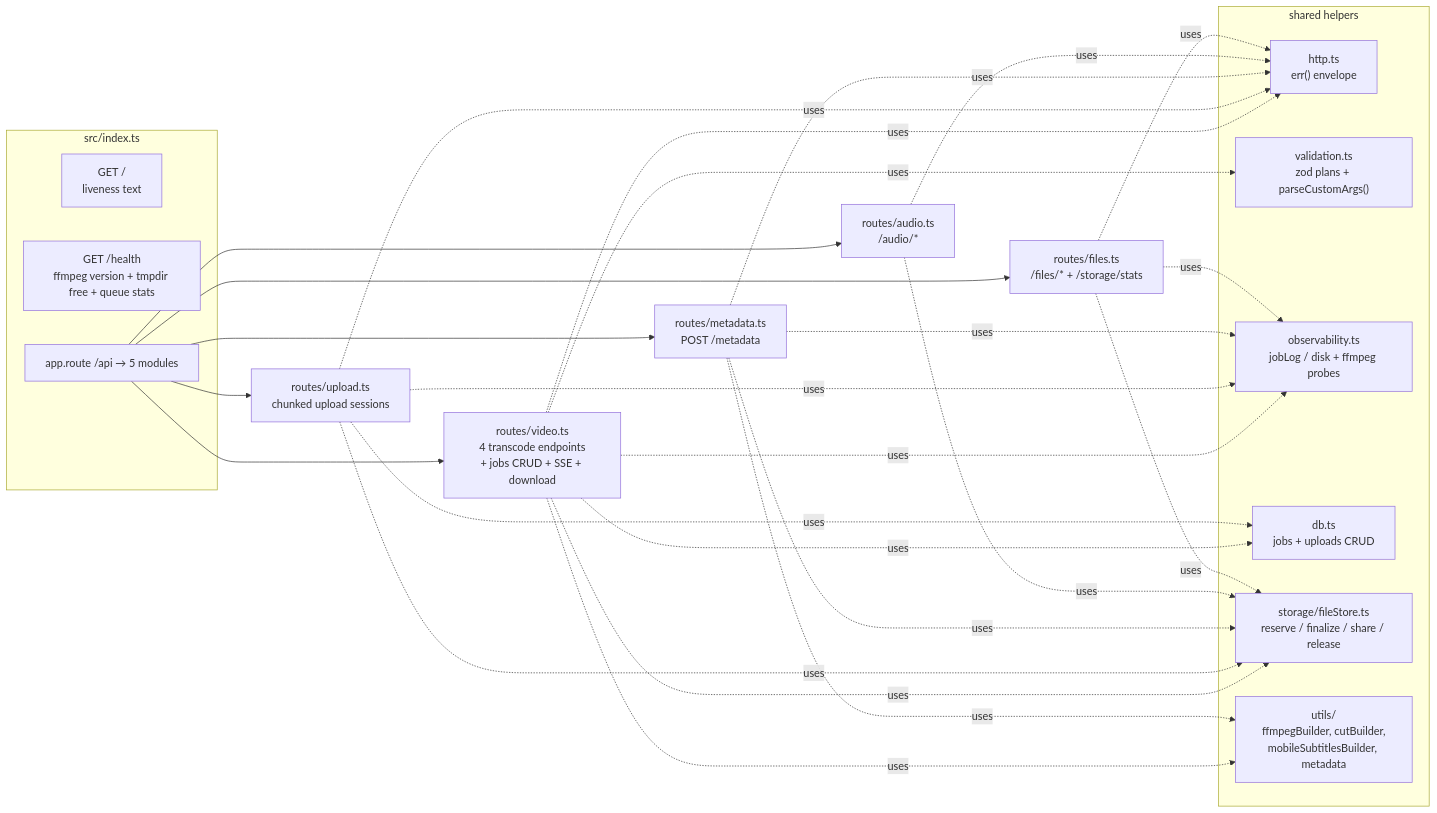
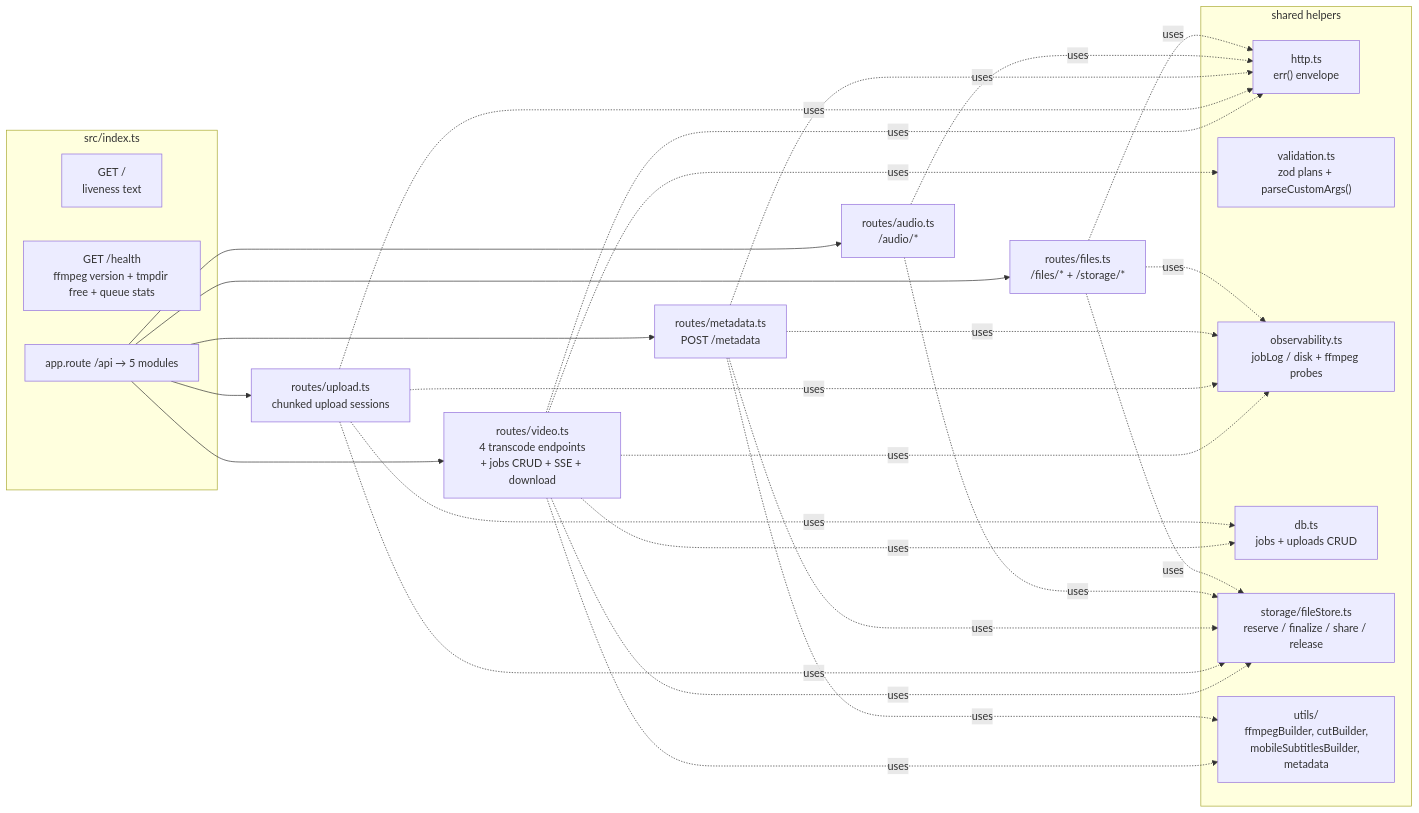
Before and after one commit to Iipal/ffmpego_editor: the third of 6 diagrams in apps/api/README.md, drawn with Mermaid. The commit also changed other lines of this file and 10 other files, not shown here.

Commit message:
feat(admin): storage/quota dashboard via GET /storage/stats + sweep

````diff
--- a/apps/api/README.md
+++ b/apps/api/README.md
@@ -67,31 +67,31 @@
 ```mermaid
 flowchart LR
     subgraph App["src/index.ts"]
         A["GET /<br/>liveness text"]
         B["GET /health<br/>ffmpeg version + tmpdir free + queue stats"]
         M["app.route /api → 5 modules"]
     end
 
     M --> U["routes/upload.ts<br/>chunked upload sessions"]
     M --> V["routes/video.ts<br/>4 transcode endpoints<br/>+ jobs CRUD + SSE + download"]
     M --> MD["routes/metadata.ts<br/>POST /metadata"]
     M --> AU["routes/audio.ts<br/>/audio/*"]
-    M --> F["routes/files.ts<br/>/files/* + /storage/stats"]
+    M --> F["routes/files.ts<br/>/files/* + /storage/*"]
 
     U ~~~ V ~~~ MD ~~~ AU ~~~ F
 
     subgraph Shared["shared helpers"]
         H["http.ts<br/>err() envelope"]
         VL["validation.ts<br/>zod plans + parseCustomArgs()"]
         OB["observability.ts<br/>jobLog / disk + ffmpeg probes"]
         DB["db.ts<br/>jobs + uploads CRUD"]
         ST["storage/fileStore.ts<br/>reserve / finalize / share / release"]
         UB["utils/<br/>ffmpegBuilder, cutBuilder,<br/>mobileSubtitlesBuilder, metadata"]
     end
 
     V -. uses .-> H & VL & OB & DB & ST & UB
     U -. uses .-> H & OB & DB & ST
     MD -. uses .-> H & OB & ST & UB
     AU -. uses .-> H & ST
     F -. uses .-> H & OB & ST
 ```
````
